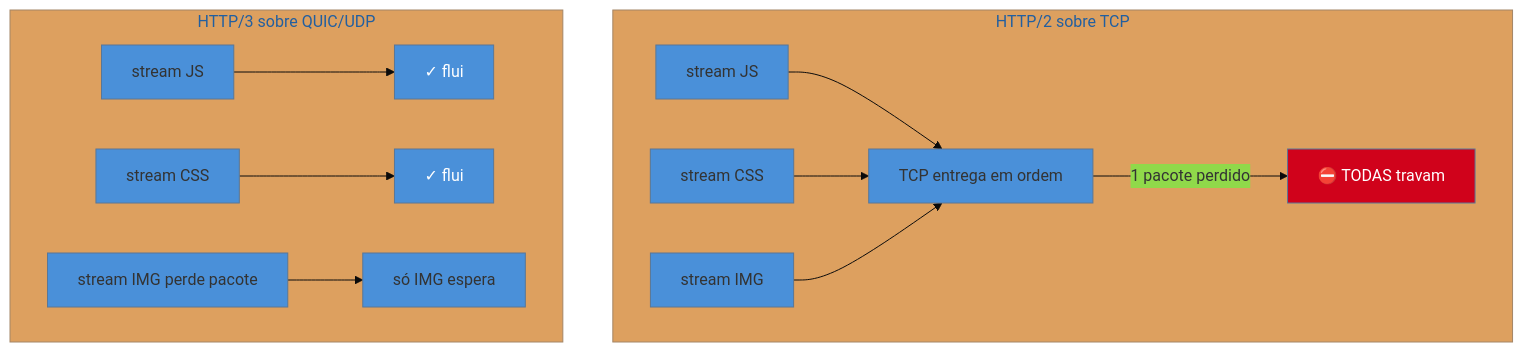
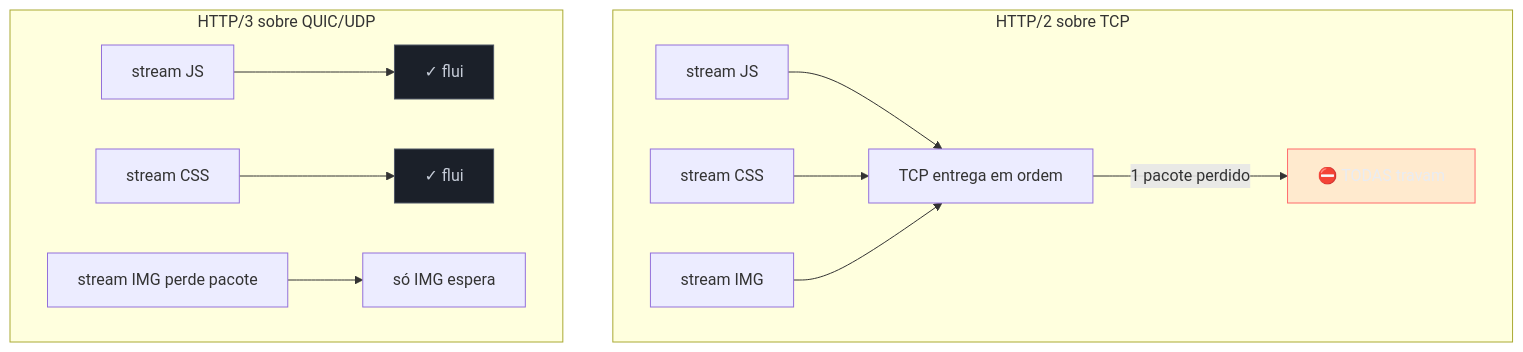
One commit to josenaldo/codex-technomanticus changed the first of 2 diagrams in 03-Dominios/Tecnologia/Web Performance/Performance de Carregamento/08 - HTTP moderno e estratégia de carregamento.md. Above: the diagram before and after it, drawn with Mermaid. The commit also changed other lines of this file and 1181 other files, not shown here.

First line of the commit message:
fix(diagramas): paleta do sistema no lugar de cor cravada no markdown

````diff
--- a/03-Dominios/Tecnologia/Web Performance/Performance de Carregamento/08 - HTTP moderno e estratégia de carregamento.md
+++ b/03-Dominios/Tecnologia/Web Performance/Performance de Carregamento/08 - HTTP moderno e estratégia de carregamento.md
@@ -37,18 +37,19 @@
 ```mermaid
-%%{init: {"theme": "base", "themeVariables": {"primaryColor": "#4A90D9"}}}%%
 graph TB
+    classDef falha fill:#FF6B6B24,stroke:#FF6B6B,color:#E9ECF2
+    classDef neutro fill:#1B2029,stroke:#4E5666,color:#C6CCD8
     subgraph H2["HTTP/2 sobre TCP"]
         T1[stream JS] --> TCP[TCP entrega em ordem]
         T2[stream CSS] --> TCP
         T3[stream IMG] --> TCP
         TCP -->|1 pacote perdido| BLOCK[⛔ TODAS travam]
     end
     subgraph H3["HTTP/3 sobre QUIC/UDP"]
         Q1[stream JS] --> OK1[✓ flui]
         Q2[stream CSS] --> OK2[✓ flui]
         Q3[stream IMG perde pacote] --> WAIT[só IMG espera]
     end
-    style BLOCK fill:#D0021B,color:#fff
-    style OK1 fill:#4A90D9,color:#fff
-    style OK2 fill:#4A90D9,color:#fff
+    class BLOCK falha
+    class OK1 neutro
+    class OK2 neutro
 ```
````
